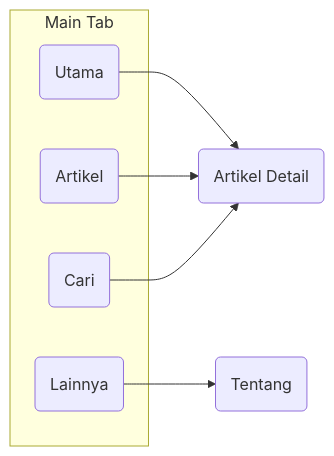
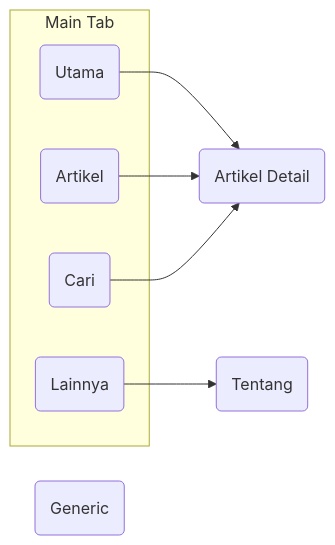
The diagram in docs/screen.md (100nandoo/Pillar), drawn with Mermaid before and after one commit. The commit also changed 12 other files, not shown here.

````diff
--- a/docs/screen.md
+++ b/docs/screen.md
@@ -2,19 +2,21 @@
 ``` mermaid
 graph LR
   subgraph Main Tab
     A
     B
     C
     D
   end
   A --> E
   B --> E
   C --> E
   D --> F
+  G
   A(Utama)
   B(Artikel)
   E(Artikel Detail)
   C(Cari)
   D(Lainnya)
   F(Tentang)
+  G(Generic)
 ```
````
